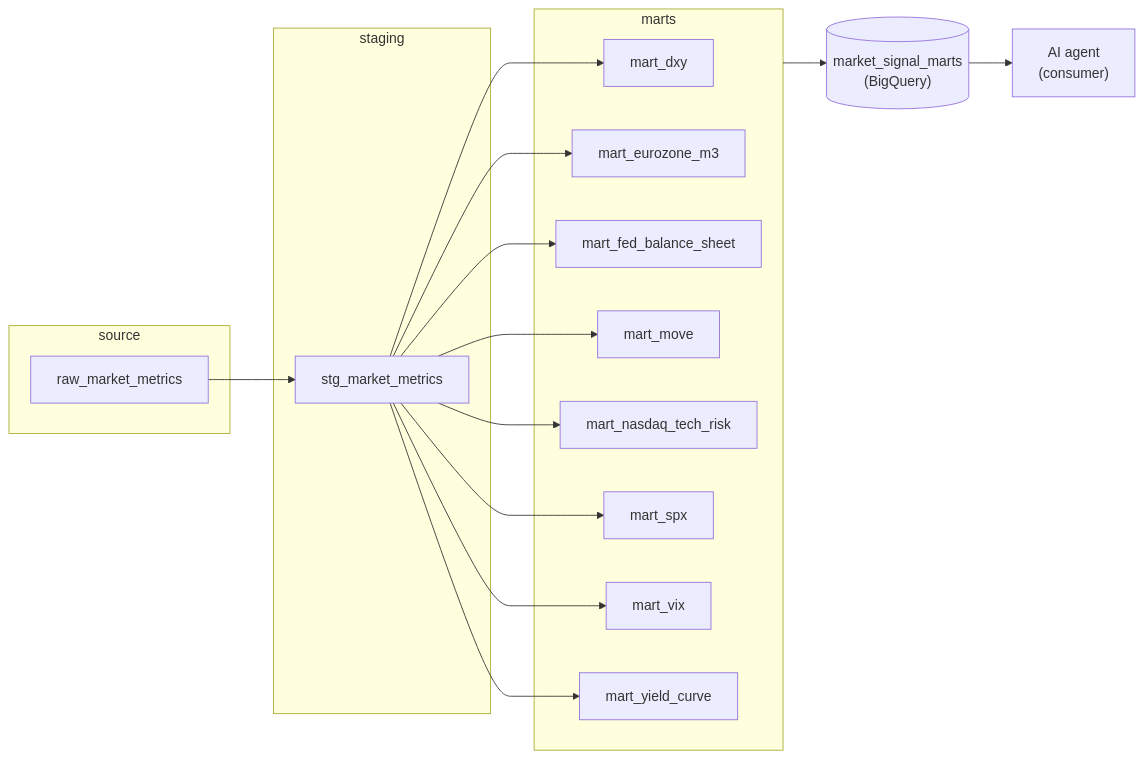
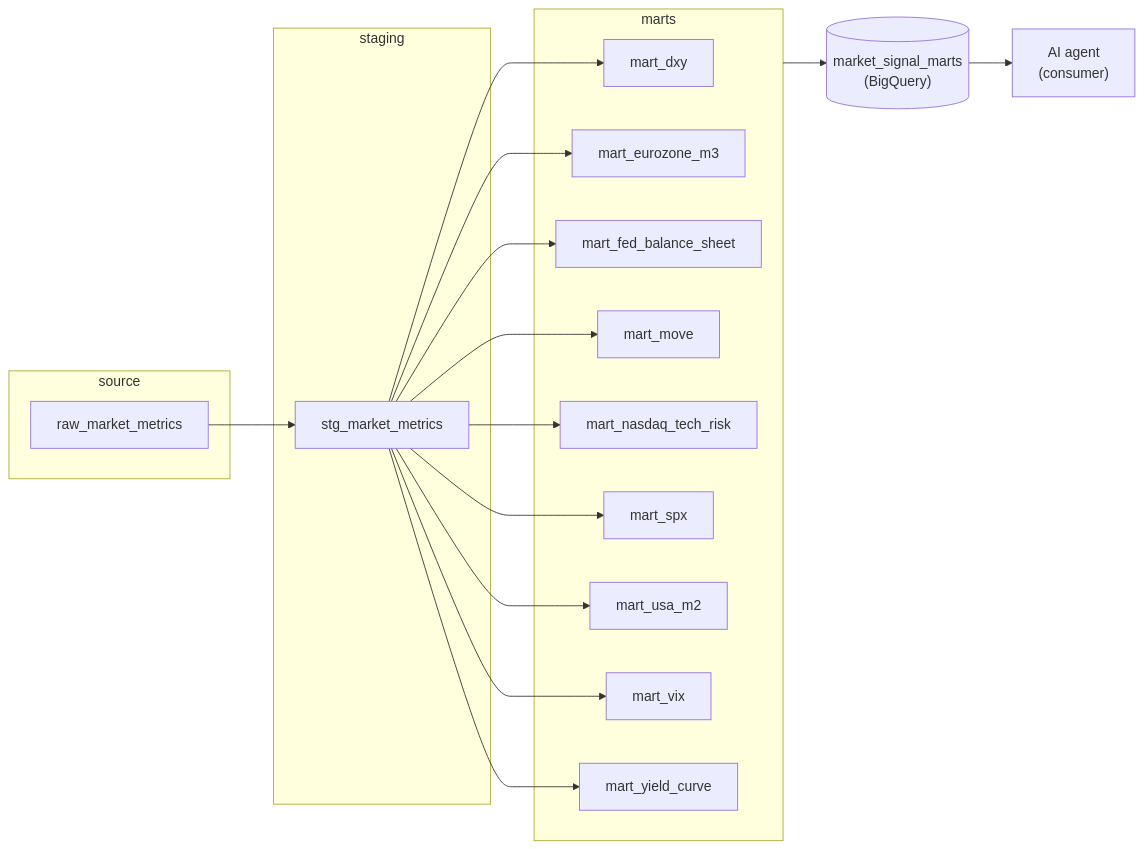
Before and after one commit to ggsergi/market-signal-stack: the diagram in README.md, drawn with Mermaid. The commit also changed other lines of this file, not shown here.

Commit message:
docs: add usa_m2_money_supply to README indicator list

````diff
--- a/README.md
+++ b/README.md
@@ -19,30 +19,32 @@
 ```mermaid
 flowchart LR
     subgraph source["source"]
         raw_market_metrics["raw_market_metrics"]
     end
     subgraph staging["staging"]
         stg_market_metrics["stg_market_metrics"]
     end
     subgraph marts["marts"]
         mart_dxy["mart_dxy"]
         mart_eurozone_m3["mart_eurozone_m3"]
         mart_fed_balance_sheet["mart_fed_balance_sheet"]
         mart_move["mart_move"]
         mart_nasdaq_tech_risk["mart_nasdaq_tech_risk"]
         mart_spx["mart_spx"]
+        mart_usa_m2["mart_usa_m2"]
         mart_vix["mart_vix"]
         mart_yield_curve["mart_yield_curve"]
     end
     raw_market_metrics --> stg_market_metrics
     stg_market_metrics --> mart_dxy
     stg_market_metrics --> mart_eurozone_m3
     stg_market_metrics --> mart_fed_balance_sheet
     stg_market_metrics --> mart_move
     stg_market_metrics --> mart_nasdaq_tech_risk
     stg_market_metrics --> mart_spx
+    stg_market_metrics --> mart_usa_m2
     stg_market_metrics --> mart_vix
     stg_market_metrics --> mart_yield_curve
     marts --> market_signal_marts[("market_signal_marts<br/>(BigQuery)")]
     market_signal_marts --> agent["AI agent<br/>(consumer)"]
 ```
````
